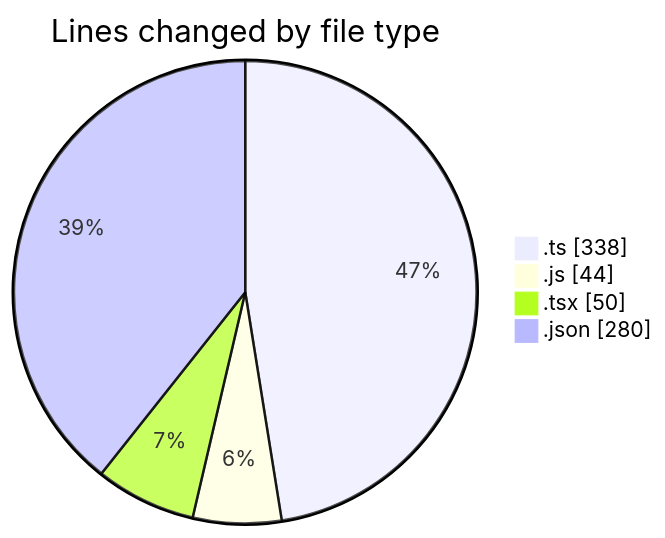
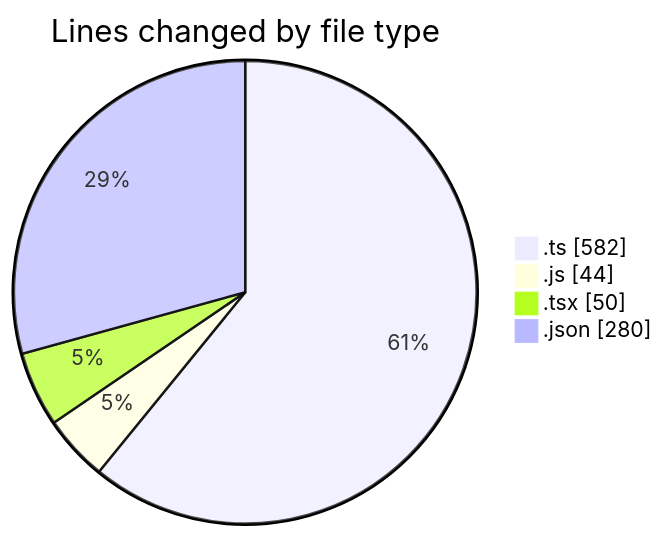
Before and after one commit to momahboobian/code-tracking: the first of 2 diagrams in 2026-08-03/cda/README.md, drawn with Mermaid. The commit also changed other lines of this file and 1 other file, not shown here.

````diff
--- a/2026-08-03/cda/README.md
+++ b/2026-08-03/cda/README.md
@@ -30,8 +31,8 @@
 ```mermaid
 pie showData
 title Lines changed by file type
-".ts" : 338
+".ts" : 582
 ".js" : 44
 ".tsx" : 50
 ".json" : 280
 ```
````
